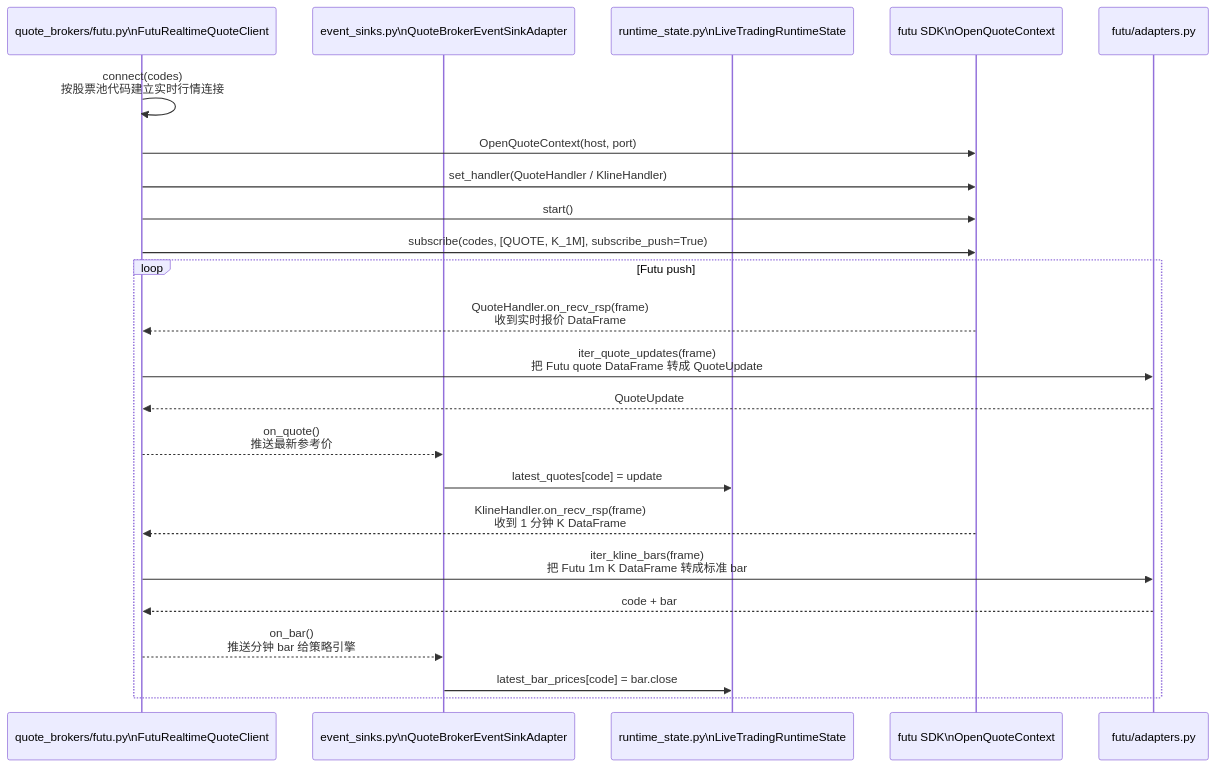
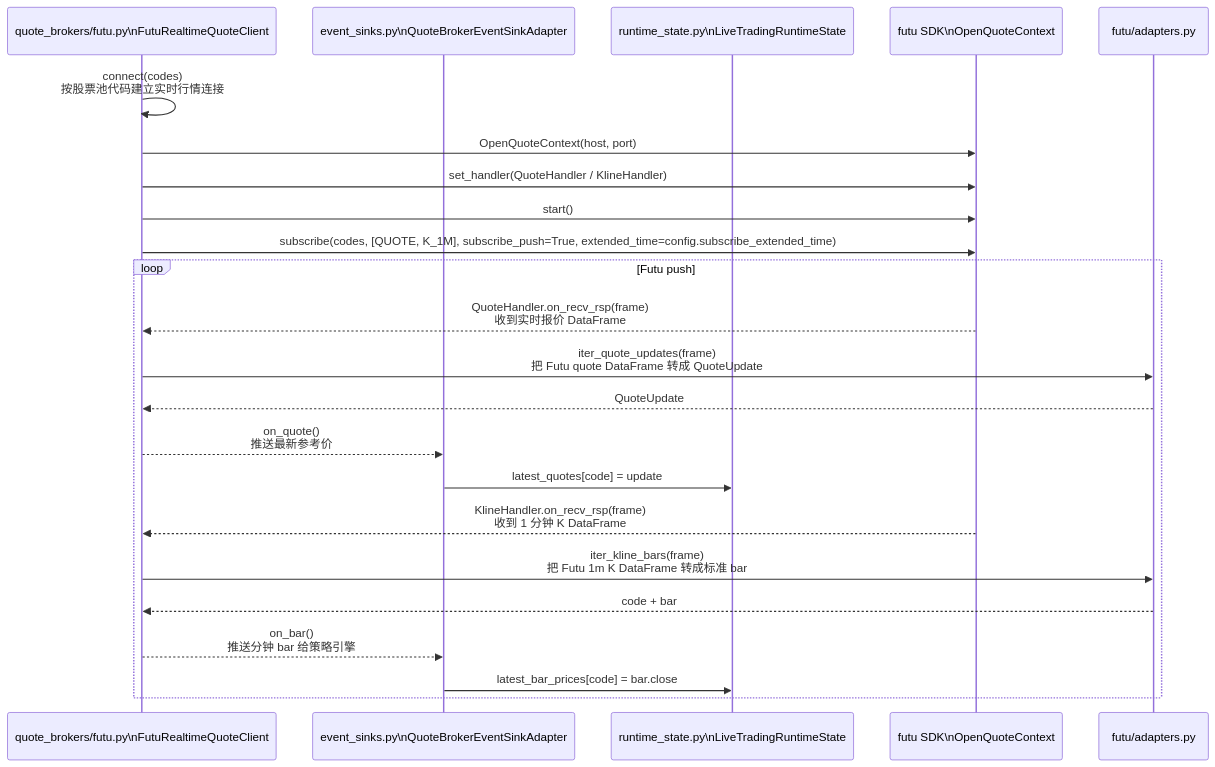
Before and after one commit to hangchow/backtest: the fifth of 7 diagrams in docs/README_livetrading_sequence.md, drawn with Mermaid. The commit also changed other lines of this file and 24 other files, not shown here.

````diff
--- a/docs/README_livetrading_sequence.md
+++ b/docs/README_livetrading_sequence.md
@@ -253,28 +264,28 @@
 ```mermaid
 sequenceDiagram
     participant QB as quote_brokers/futu.py\nFutuRealtimeQuoteClient
     participant QS as event_sinks.py\nQuoteBrokerEventSinkAdapter
     participant RST as runtime_state.py\nLiveTradingRuntimeState
     participant QCTX as futu SDK\nOpenQuoteContext
     participant ADP as futu/adapters.py
 
     QB->>QB: connect(codes)<br/>按股票池代码建立实时行情连接
     QB->>QCTX: OpenQuoteContext(host, port)
     QB->>QCTX: set_handler(QuoteHandler / KlineHandler)
     QB->>QCTX: start()
-    QB->>QCTX: subscribe(codes, [QUOTE, K_1M], subscribe_push=True)
+    QB->>QCTX: subscribe(codes, [QUOTE, K_1M], subscribe_push=True, extended_time=config.subscribe_extended_time)
 
     loop Futu push
         QCTX-->>QB: QuoteHandler.on_recv_rsp(frame)<br/>收到实时报价 DataFrame
         QB->>ADP: iter_quote_updates(frame)<br/>把 Futu quote DataFrame 转成 QuoteUpdate
         ADP-->>QB: QuoteUpdate
         QB-->>QS: on_quote()<br/>推送最新参考价
         QS->>RST: latest_quotes[code] = update
 
         QCTX-->>QB: KlineHandler.on_recv_rsp(frame)<br/>收到 1 分钟 K DataFrame
         QB->>ADP: iter_kline_bars(frame)<br/>把 Futu 1m K DataFrame 转成标准 bar
         ADP-->>QB: code + bar
         QB-->>QS: on_bar()<br/>推送分钟 bar 给策略引擎
         QS->>RST: latest_bar_prices[code] = bar.close
     end
 ```
````
